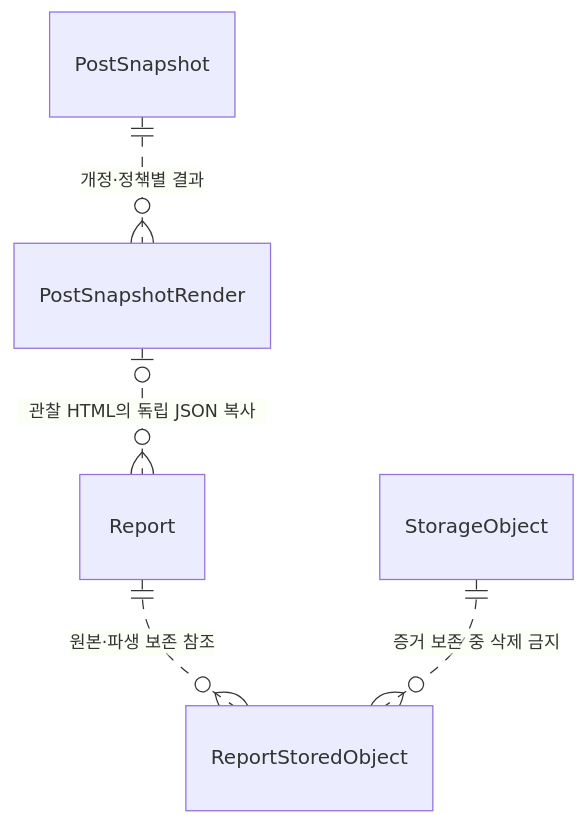
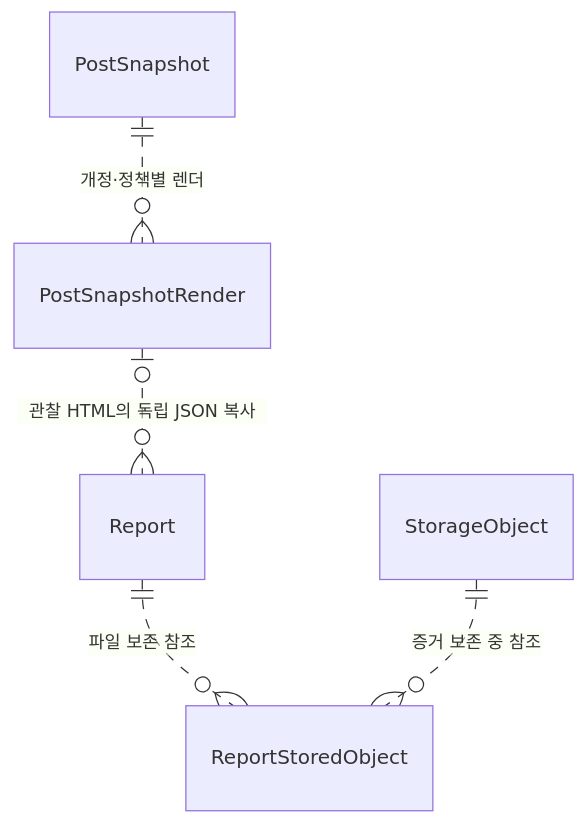
Before and after one commit to luke0408/blog-erd: diagram 11 of 12 in docs/report-management.md, drawn with Mermaid. The commit also changed other lines of this file and 5 other files, not shown here.

Commit message:
docs(erd): reorder student questions by design requirements

````diff
--- a/docs/report-management.md
+++ b/docs/report-management.md
@@ -344,7 +341,7 @@
 ```mermaid
 erDiagram
-    PostSnapshot ||..o{ PostSnapshotRender : "개정·정책별 결과"
+    PostSnapshot ||..o{ PostSnapshotRender : "개정·정책별 렌더"
     PostSnapshotRender |o..o{ Report : "관찰 HTML의 독립 JSON 복사"
-    Report ||..o{ ReportStoredObject : "원본·파생 보존 참조"
-    StorageObject ||..o{ ReportStoredObject : "증거 보존 중 삭제 금지"
+    Report ||..o{ ReportStoredObject : "파일 보존 참조"
+    StorageObject ||..o{ ReportStoredObject : "증거 보존 중 참조"
 ```
````
